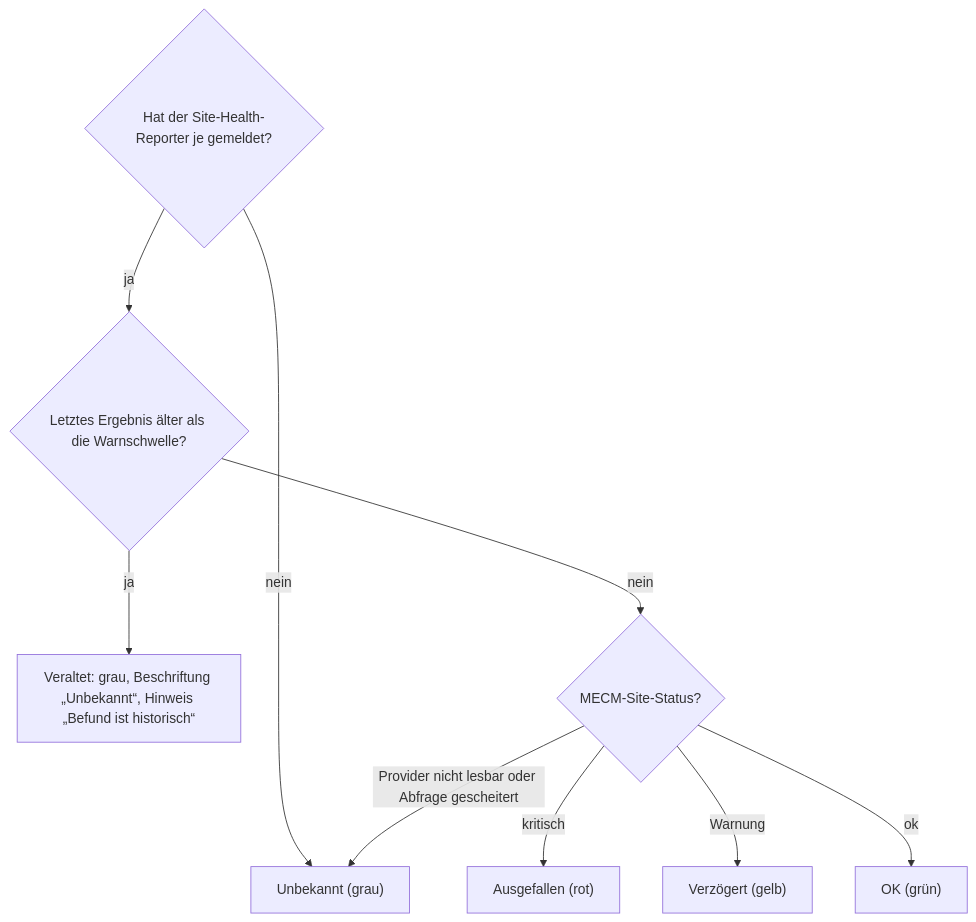
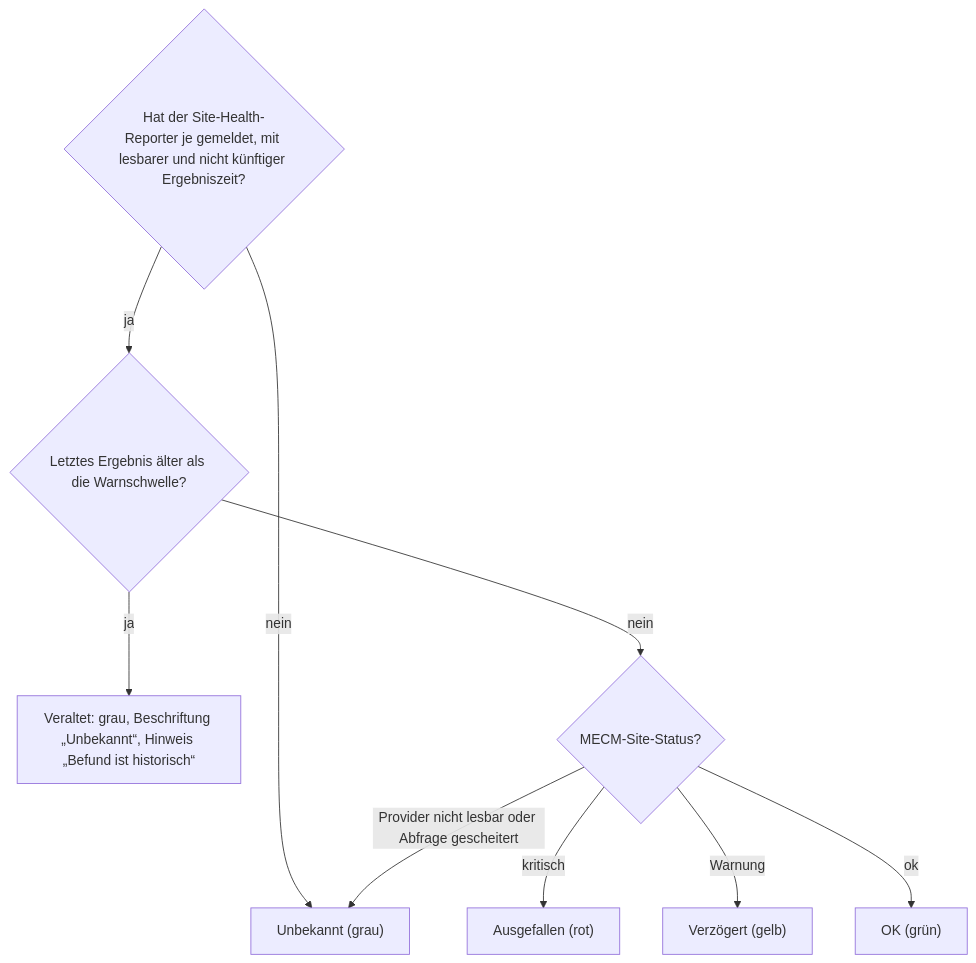
The third of 8 diagrams in docs/operations/system-status-checks.md (Samy94M/VirtuSphere-v2-WebApp), drawn with Mermaid before and after one commit. The commit also changed other lines of this file and 7 other files, not shown here.

First line of the commit message:
Guard the flow documents against the code and recheck every diagram

````diff
--- a/docs/operations/system-status-checks.md
+++ b/docs/operations/system-status-checks.md
@@ -80,11 +86,11 @@
 ```mermaid
 flowchart TD
-  A{"Hat der Site-Health-Reporter je gemeldet?"} -->|nein| UK["Unbekannt (grau)"]
+  A{"Hat der Site-Health-Reporter je gemeldet, mit lesbarer und nicht künftiger Ergebniszeit?"} -->|nein| UK["Unbekannt (grau)"]
   A -->|ja| S{"Letztes Ergebnis älter als die Warnschwelle?"}
   S -->|ja| SS["Veraltet: grau, Beschriftung „Unbekannt“, Hinweis „Befund ist historisch“"]
   S -->|nein| SC{"MECM-Site-Status?"}
   SC -->|kritisch| RD["Ausgefallen (rot)"]
   SC -->|Warnung| YL["Verzögert (gelb)"]
   SC -->|ok| GR["OK (grün)"]
   SC -->|Provider nicht lesbar oder Abfrage gescheitert| UK
 ```
````
